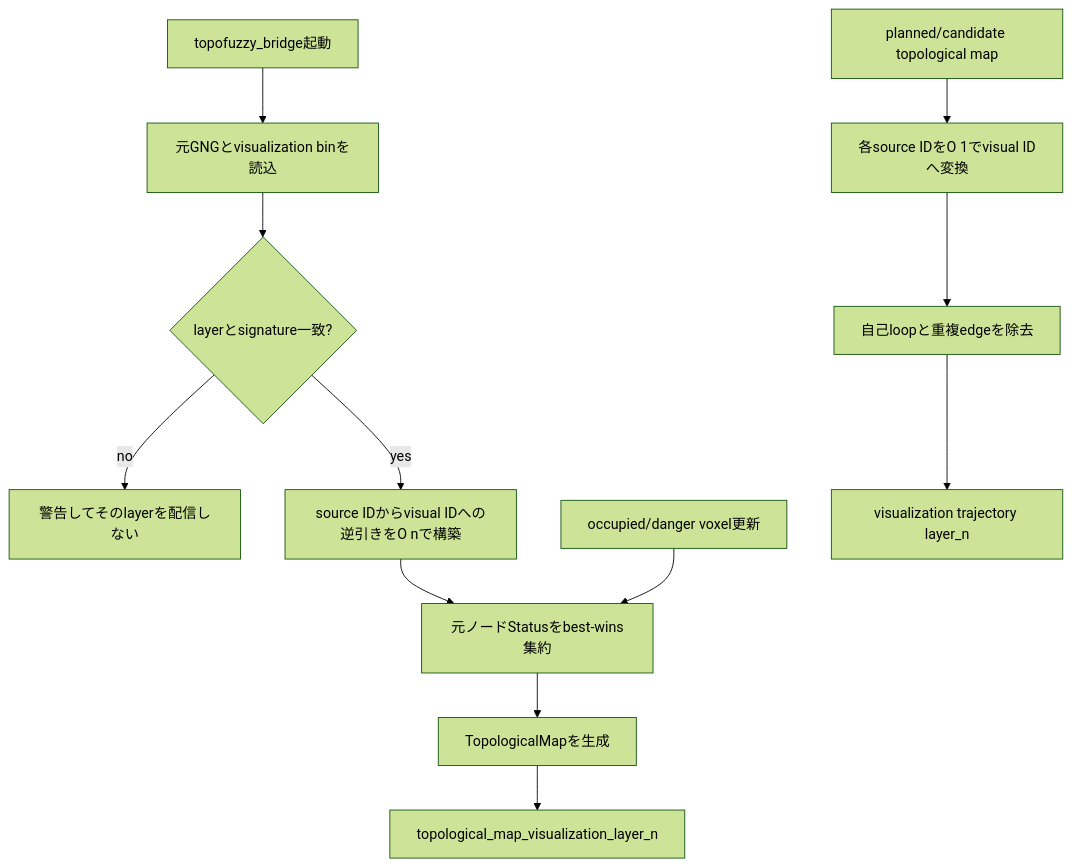
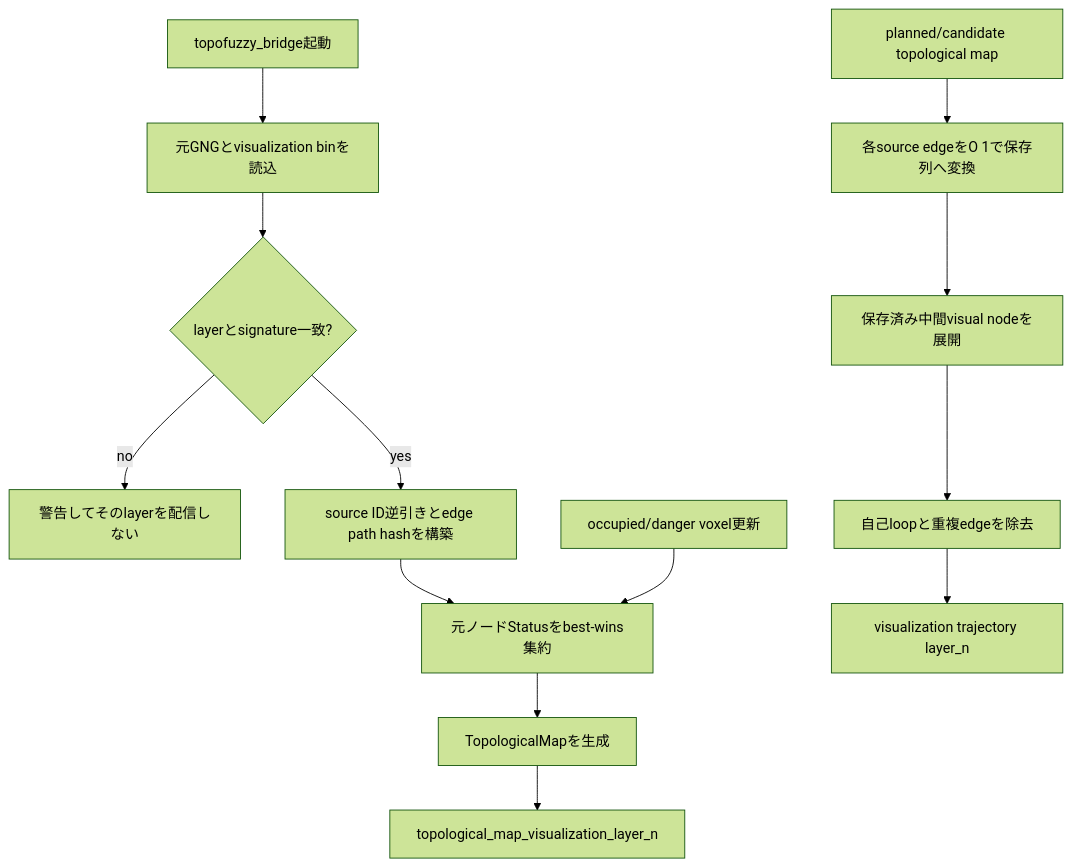
The seventh of 7 diagrams in gng_vlut_system/docs/TECHNICAL_SPEC.md (uraki-UH/arm_avoidance), drawn with Mermaid (forest theme) before and after one commit. The commit also changed other lines of this file and 13 other files, not shown here.

````diff
--- a/gng_vlut_system/docs/TECHNICAL_SPEC.md
+++ b/gng_vlut_system/docs/TECHNICAL_SPEC.md
@@ -524,14 +545,15 @@
 ```mermaid
 flowchart TD
     A[topofuzzy_bridge起動] --> B[元GNGとvisualization binを読込]
     B --> C{layerとsignature一致?}
     C -- no --> D[警告してそのlayerを配信しない]
-    C -- yes --> E[source IDからvisual IDへの逆引きをO nで構築]
+    C -- yes --> E[source ID逆引きとedge path hashを構築]
     E --> F[元ノードStatusをbest-wins集約]
     F --> G[TopologicalMapを生成]
     G --> H[topological_map_visualization_layer_n]
     I[occupied/danger voxel更新] --> F
-    J[planned/candidate topological map] --> K[各source IDをO 1でvisual IDへ変換]
-    K --> L[自己loopと重複edgeを除去]
-    L --> M[visualization trajectory layer_n]
+    J[planned/candidate topological map] --> K[各source edgeをO 1で保存列へ変換]
+    K --> L[保存済み中間visual nodeを展開]
+    L --> M[自己loopと重複edgeを除去]
+    M --> N[visualization trajectory layer_n]
 ```
````
